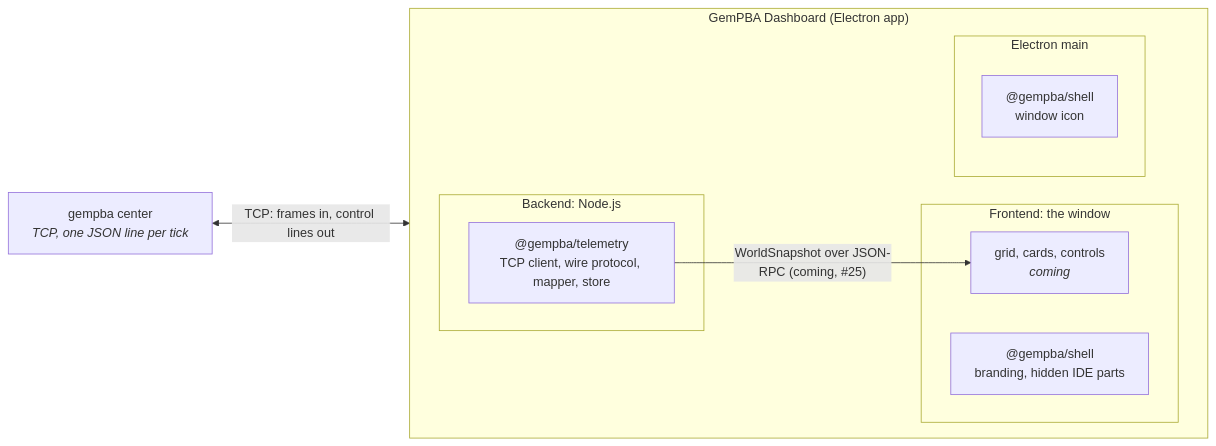
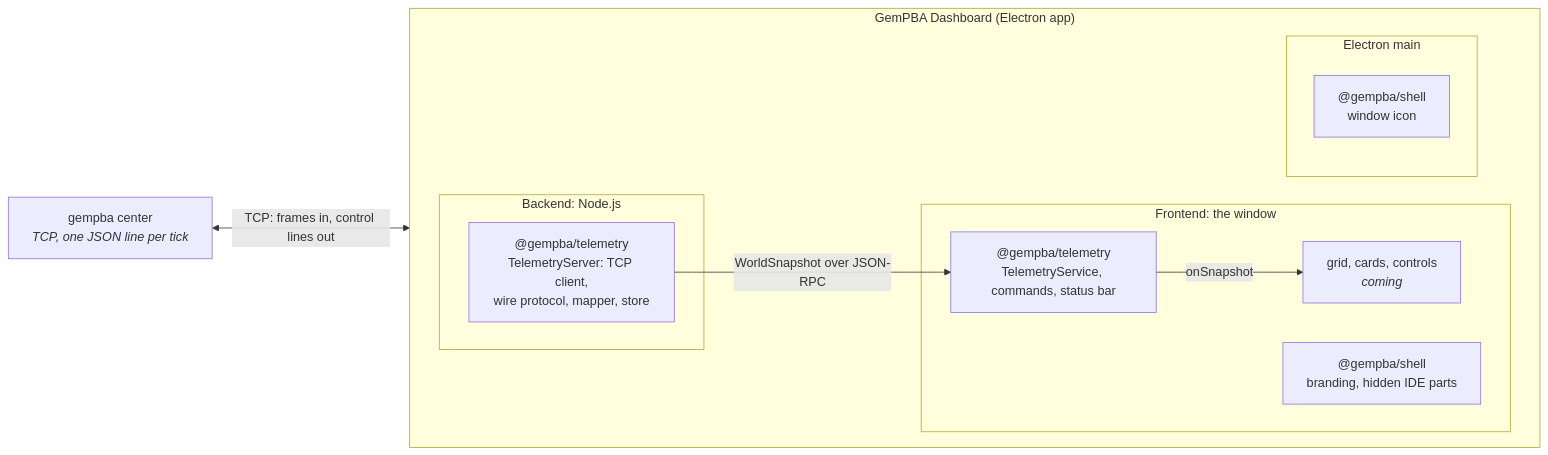
One commit to rapastranac/gempba-dashboard changed the first of 3 diagrams in ARCHITECTURE.md. Above: the diagram before and after it, drawn with Mermaid. The commit also changed other lines of this file, not shown here.

First line of the commit message:
#25 Document how extensions connect in ARCHITECTURE.md

````diff
--- a/ARCHITECTURE.md
+++ b/ARCHITECTURE.md
@@ -33,19 +33,21 @@
 ```mermaid
 flowchart LR
     gempba["gempba center<br/><i>TCP, one JSON line per tick</i>"]
     subgraph app["GemPBA Dashboard (Electron app)"]
         direction LR
         subgraph backend["Backend: Node.js"]
-            telemetry["@gempba/telemetry<br/>TCP client, wire protocol, mapper, store"]
+            telemetry["@gempba/telemetry<br/>TelemetryServer: TCP client,<br/>wire protocol, mapper, store"]
         end
         subgraph frontend["Frontend: the window"]
+            service["@gempba/telemetry<br/>TelemetryService, commands, status bar"]
             shellUi["@gempba/shell<br/>branding, hidden IDE parts"]
             views["grid, cards, controls<br/><i>coming</i>"]
         end
         subgraph main["Electron main"]
             shellMain["@gempba/shell<br/>window icon"]
         end
     end
     gempba <-->|"TCP: frames in, control lines out"| telemetry
-    telemetry -->|"WorldSnapshot over JSON-RPC (coming, #25)"| views
+    telemetry -->|"WorldSnapshot over JSON-RPC"| service
+    service -->|onSnapshot| views
 ```
````
